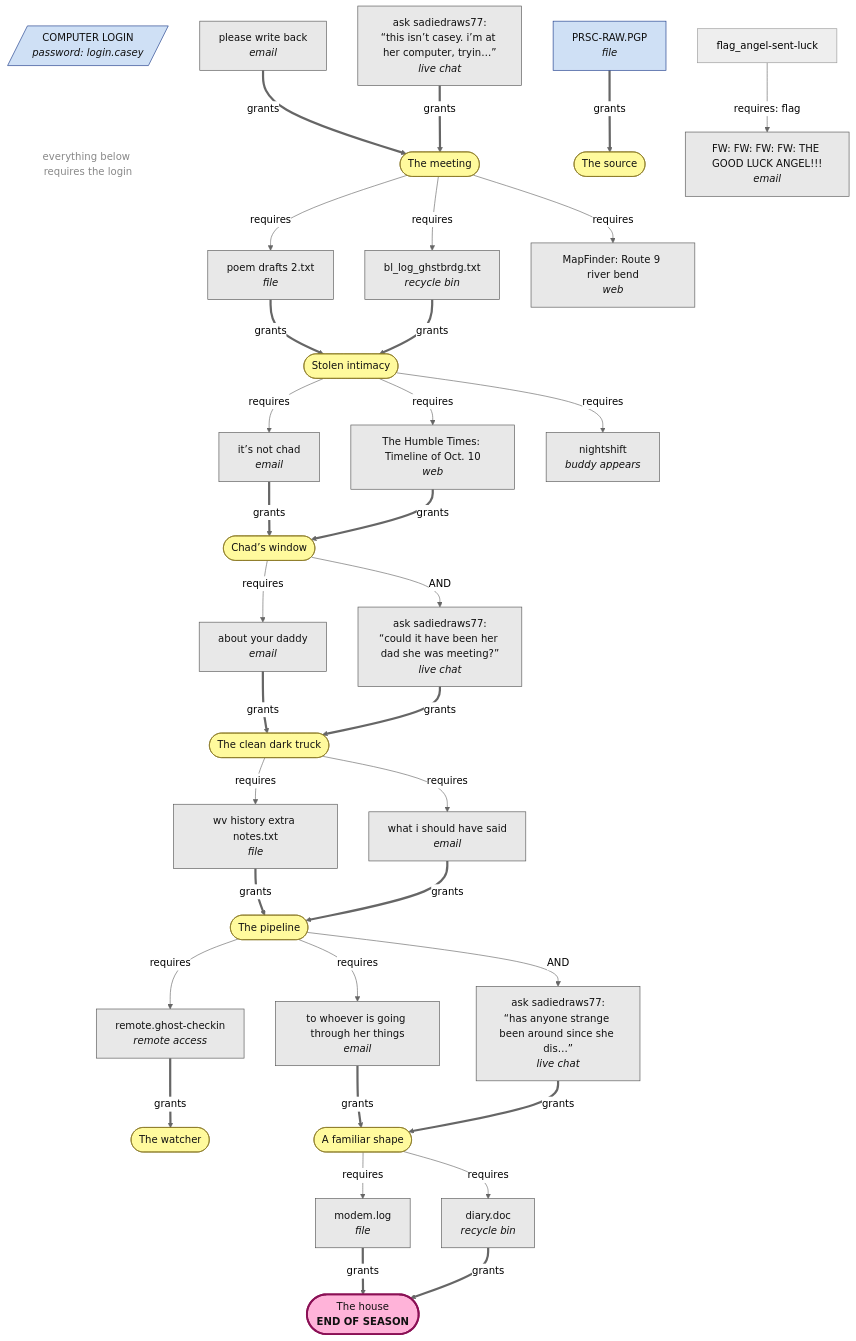
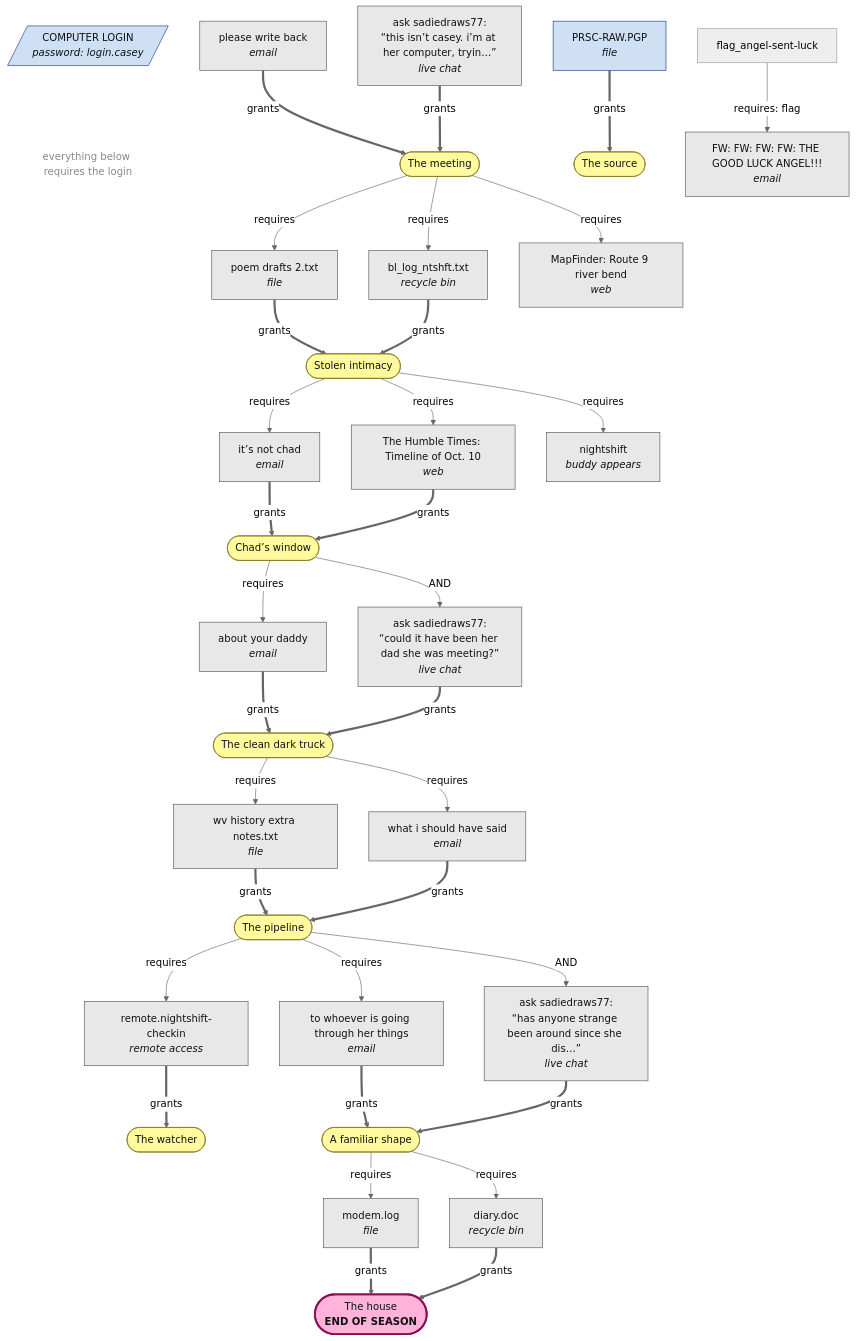
The diagram in docs/clue-graph.md (adamthedorsey/last-login), drawn with Mermaid (neutral theme) before and after one commit. The commit also changed other lines of this file and 45 other files, not shown here.

````diff
--- a/docs/clue-graph.md
+++ b/docs/clue-graph.md
@@ -9,70 +9,70 @@
 ```mermaid
 flowchart TD
   classDef discovery fill:#fffa9d,stroke:#887722,color:#111
   classDef finale fill:#ffb3d9,stroke:#8a1055,color:#111,stroke-width:3px
   classDef item fill:#e8e8e8,stroke:#555,color:#111
   classDef locked fill:#cfe0f5,stroke:#1a3a8a,color:#111
   classDef note fill:none,stroke:none,color:#888
   login[/"COMPUTER LOGIN<br/><i>password: login.casey</i>"/]:::locked
   login ~~~ loginNote["everything below requires the login"]:::note
   d_the_meeting(["The meeting"]):::discovery
   d_stolen_intimacy(["Stolen intimacy"]):::discovery
   d_chads_window(["Chad’s window"]):::discovery
   d_the_clean_truck(["The clean dark truck"]):::discovery
   d_the_pipeline(["The pipeline"]):::discovery
   d_the_watcher(["The watcher"]):::discovery
   d_the_source(["The source"]):::discovery
   d_who_shaped(["A familiar shape"]):::discovery
   d_the_house(["The house<br/><b>END OF SEASON</b>"]):::finale
   i_a_page["PRSC-RAW.PGP<br/><i>file</i>"]:::locked
   i_a_page ==>|grants| d_the_source
   i_file_ledger_copy["wv history extra notes.txt<br/><i>file</i>"]:::item
   i_file_ledger_copy ==>|grants| d_the_pipeline
   d_the_clean_truck -->|requires| i_file_ledger_copy
-  i_file_gb_log_oct8["poem drafts 2.txt<br/><i>file</i>"]:::item
-  i_file_gb_log_oct8 ==>|grants| d_stolen_intimacy
-  d_the_meeting -->|requires| i_file_gb_log_oct8
+  i_file_ns_log_oct8["poem drafts 2.txt<br/><i>file</i>"]:::item
+  i_file_ns_log_oct8 ==>|grants| d_stolen_intimacy
+  d_the_meeting -->|requires| i_file_ns_log_oct8
   i_file_modem_log["modem.log<br/><i>file</i>"]:::item
   i_file_modem_log ==>|grants| d_the_house
   d_who_shaped -->|requires| i_file_modem_log
   i_email_sadie_please["please write back<br/><i>email</i>"]:::item
   i_email_sadie_please ==>|grants| d_the_meeting
   i_email_angel_chain2["FW: FW: FW: FW: THE GOOD LUCK ANGEL!!!<br/><i>email</i>"]:::item
   flag_angel-sent-luck -->|requires: flag| i_email_angel_chain2
   i_email_sadie_notchad["it’s not chad<br/><i>email</i>"]:::item
   i_email_sadie_notchad ==>|grants| d_chads_window
   d_stolen_intimacy -->|requires| i_email_sadie_notchad
   i_email_ruth_yourdad["about your daddy<br/><i>email</i>"]:::item
   i_email_ruth_yourdad ==>|grants| d_the_clean_truck
   d_chads_window -->|requires| i_email_ruth_yourdad
   i_email_sam_plain["what i should have said<br/><i>email</i>"]:::item
   i_email_sam_plain ==>|grants| d_the_pipeline
   d_the_clean_truck -->|requires| i_email_sam_plain
   i_email_rebecca["to whoever is going through her things<br/><i>email</i>"]:::item
   i_email_rebecca ==>|grants| d_who_shaped
   d_the_pipeline -->|requires| i_email_rebecca
-  i_trash_bl_log["bl_log_ghstbrdg.txt<br/><i>recycle bin</i>"]:::item
+  i_trash_bl_log["bl_log_ntshft.txt<br/><i>recycle bin</i>"]:::item
   i_trash_bl_log ==>|grants| d_stolen_intimacy
   d_the_meeting -->|requires| i_trash_bl_log
   i_trash_diary["diary.doc<br/><i>recycle bin</i>"]:::item
   i_trash_diary ==>|grants| d_the_house
   d_who_shaped -->|requires| i_trash_diary
   i_web_register_timeline["The Humble Times: Timeline of Oct. 10<br/><i>web</i>"]:::item
   i_web_register_timeline ==>|grants| d_chads_window
   d_stolen_intimacy -->|requires| i_web_register_timeline
   i_web_mapfinder_bend["MapFinder: Route 9 river bend<br/><i>web</i>"]:::item
   d_the_meeting -->|requires| i_web_mapfinder_bend
   b_nightshift["nightshift<br/><i>buddy appears</i>"]:::item
   d_stolen_intimacy -->|requires| b_nightshift
   c_sadiedraws77_intro["ask sadiedraws77:<br/>“this isn’t casey. i’m at her computer, tryin…”<br/><i>live chat</i>"]:::item
   c_sadiedraws77_intro ==>|grants| d_the_meeting
   c_sadiedraws77_frank["ask sadiedraws77:<br/>“could it have been her dad she was meeting?”<br/><i>live chat</i>"]:::item
   c_sadiedraws77_frank ==>|grants| d_the_clean_truck
   d_chads_window -->|AND| c_sadiedraws77_frank
   c_sadiedraws77_vigil["ask sadiedraws77:<br/>“has anyone strange been around since she dis…”<br/><i>live chat</i>"]:::item
   c_sadiedraws77_vigil ==>|grants| d_who_shaped
   d_the_pipeline -->|AND| c_sadiedraws77_vigil
-  r_remote_ghost_checkin["remote.ghost-checkin<br/><i>remote access</i>"]:::item
-  r_remote_ghost_checkin ==>|grants| d_the_watcher
-  d_the_pipeline -->|requires| r_remote_ghost_checkin
+  r_remote_nightshift_checkin["remote.nightshift-checkin<br/><i>remote access</i>"]:::item
+  r_remote_nightshift_checkin ==>|grants| d_the_watcher
+  d_the_pipeline -->|requires| r_remote_nightshift_checkin
 ```
````
